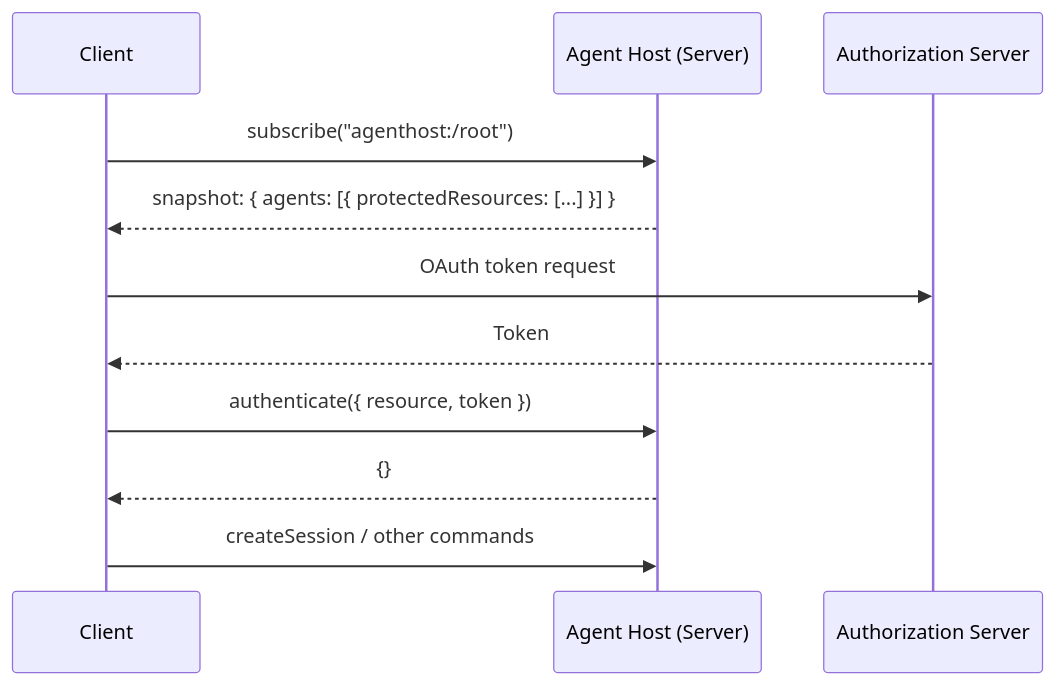
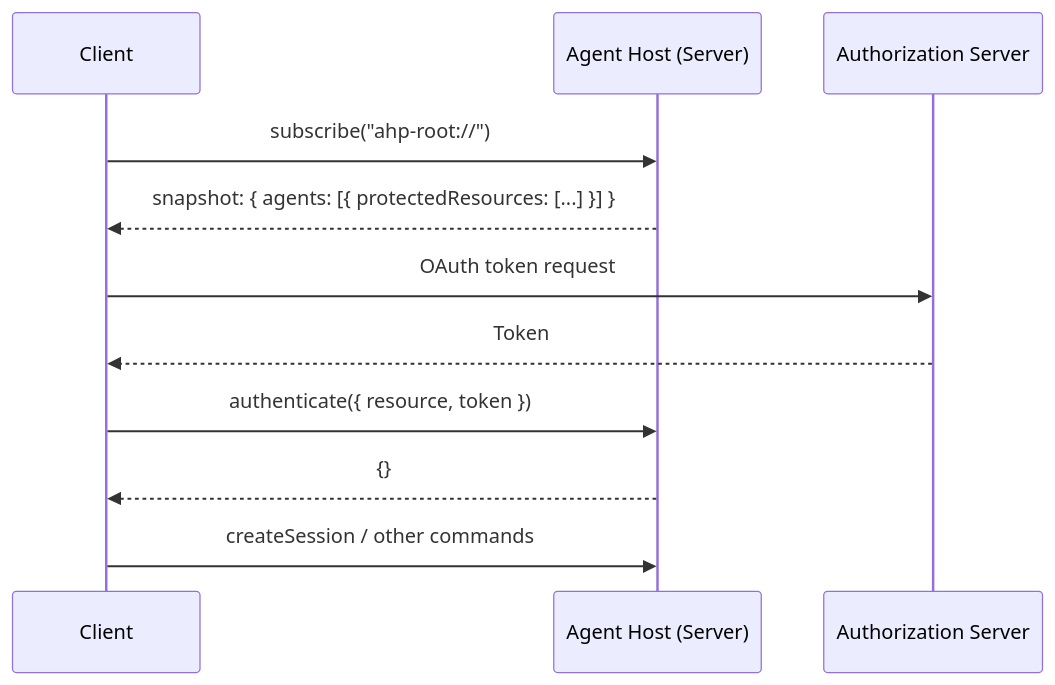
Before and after one commit to joshmouch/agent-host-protocol: the diagram in docs/specification/authentication.md, drawn with Mermaid. The commit also changed other lines of this file and 178 other files, not shown here.

````diff
--- a/docs/specification/authentication.md
+++ b/docs/specification/authentication.md
@@ -9,17 +9,17 @@
 ```mermaid
 sequenceDiagram
     participant C as Client
     participant S as Agent Host (Server)
     participant AS as Authorization Server
 
-    C->>S: subscribe("agenthost:/root")
+    C->>S: subscribe("ahp-root://")
     S-->>C: snapshot: { agents: [{ protectedResources: [...] }] }
 
     C->>AS: OAuth token request
     AS-->>C: Token
 
     C->>S: authenticate({ resource, token })
     S-->>C: {}
 
     C->>S: createSession / other commands
 ```
````
